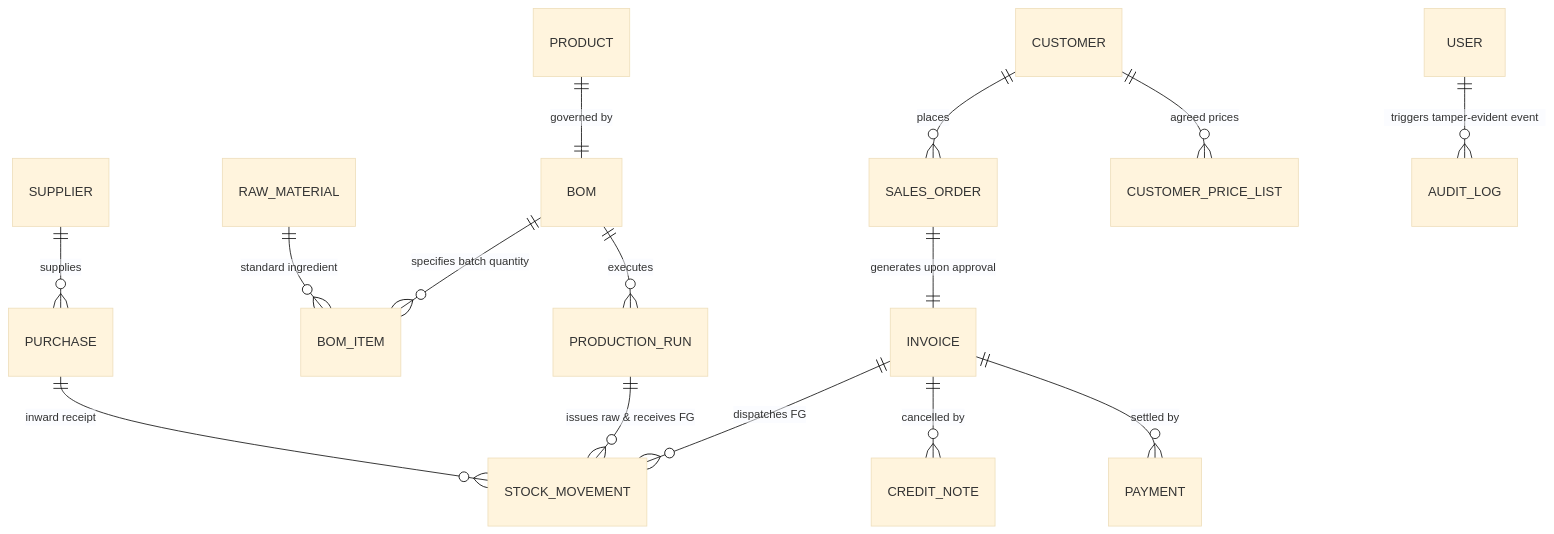
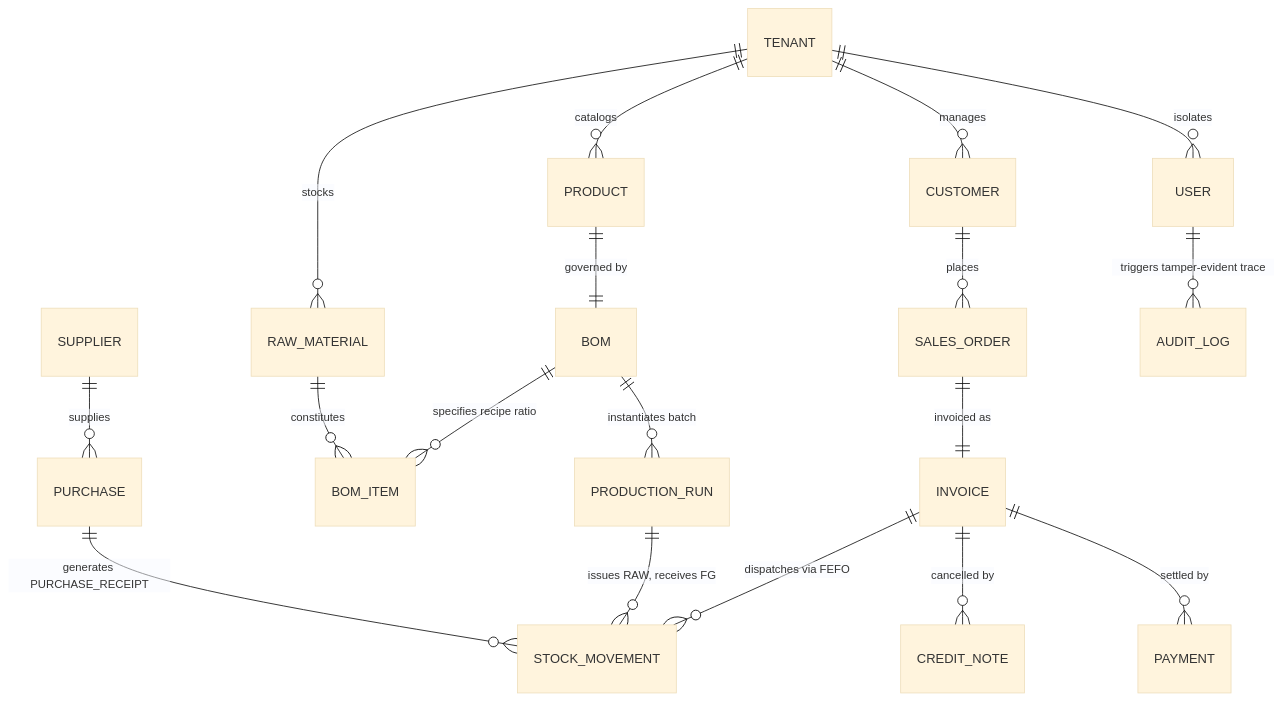
Before and after one commit to nireshtitan007-ai/NIT-intern-Factory-OS: the second of 2 diagrams in DESIGN_NOTE.md, drawn with Mermaid (base theme). The commit also changed other lines of this file and 2 other files, not shown here.

Commit message:
docs: step 8 complete architecture design note, interview guide, and truthful documentation

````diff
--- a/DESIGN_NOTE.md
+++ b/DESIGN_NOTE.md
@@ -51,17 +52,20 @@
 ```mermaid
 erDiagram
+    TENANT ||--o{ USER : "isolates"
+    TENANT ||--o{ CUSTOMER : "manages"
+    TENANT ||--o{ PRODUCT : "catalogs"
+    TENANT ||--o{ RAW_MATERIAL : "stocks"
     SUPPLIER ||--o{ PURCHASE : "supplies"
-    PURCHASE ||--o{ STOCK_MOVEMENT : "inward receipt"
-    RAW_MATERIAL ||--o{ BOM_ITEM : "standard ingredient"
+    PURCHASE ||--o{ STOCK_MOVEMENT : "generates PURCHASE_RECEIPT"
+    RAW_MATERIAL ||--o{ BOM_ITEM : "constitutes"
     PRODUCT ||--|| BOM : "governed by"
-    BOM ||--o{ BOM_ITEM : "specifies batch quantity"
-    BOM ||--o{ PRODUCTION_RUN : "executes"
-    PRODUCTION_RUN ||--o{ STOCK_MOVEMENT : "issues raw & receives FG"
+    BOM ||--o{ BOM_ITEM : "specifies recipe ratio"
+    BOM ||--o{ PRODUCTION_RUN : "instantiates batch"
+    PRODUCTION_RUN ||--o{ STOCK_MOVEMENT : "issues RAW, receives FG"
     CUSTOMER ||--o{ SALES_ORDER : "places"
-    CUSTOMER ||--o{ CUSTOMER_PRICE_LIST : "agreed prices"
-    SALES_ORDER ||--|| INVOICE : "generates upon approval"
-    INVOICE ||--o{ STOCK_MOVEMENT : "dispatches FG"
+    SALES_ORDER ||--|| INVOICE : "invoiced as"
+    INVOICE ||--o{ STOCK_MOVEMENT : "dispatches via FEFO"
     INVOICE ||--o{ CREDIT_NOTE : "cancelled by"
     INVOICE ||--o{ PAYMENT : "settled by"
-    USER ||--o{ AUDIT_LOG : "triggers tamper-evident event"
+    USER ||--o{ AUDIT_LOG : "triggers tamper-evident trace"
 ```
````
